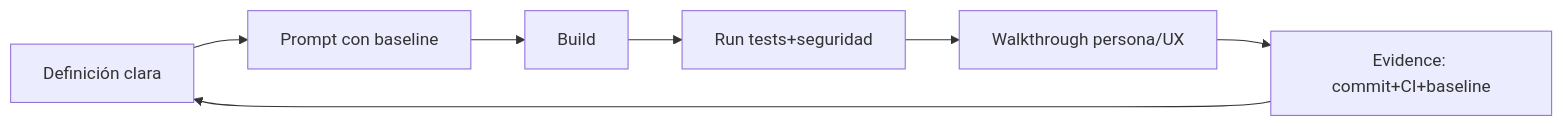
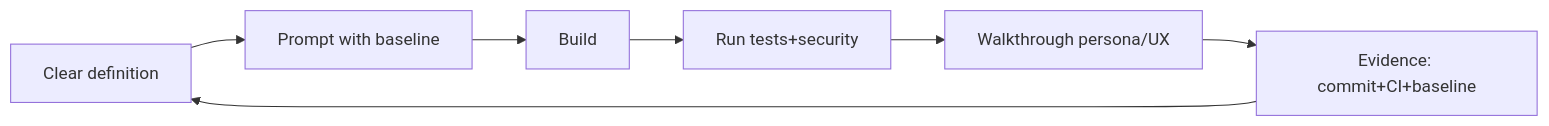
Before and after one commit to scanalesespinoza/adev: the diagram in QUALITY.md, drawn with Mermaid. The commit also changed other lines of this file and 6 other files, not shown here.

````diff
--- a/QUALITY.md
+++ b/QUALITY.md
@@ -27,9 +27,9 @@
 ```mermaid
 flowchart LR
-  D[Definición clara] --> P[Prompt con baseline]
+  D[Clear definition] --> P[Prompt with baseline]
   P --> B[Build]
-  B --> R[Run tests+seguridad]
+  B --> R[Run tests+security]
   R --> W[Walkthrough persona/UX]
   W --> E[Evidence: commit+CI+baseline]
   E --> D
 ```
````
